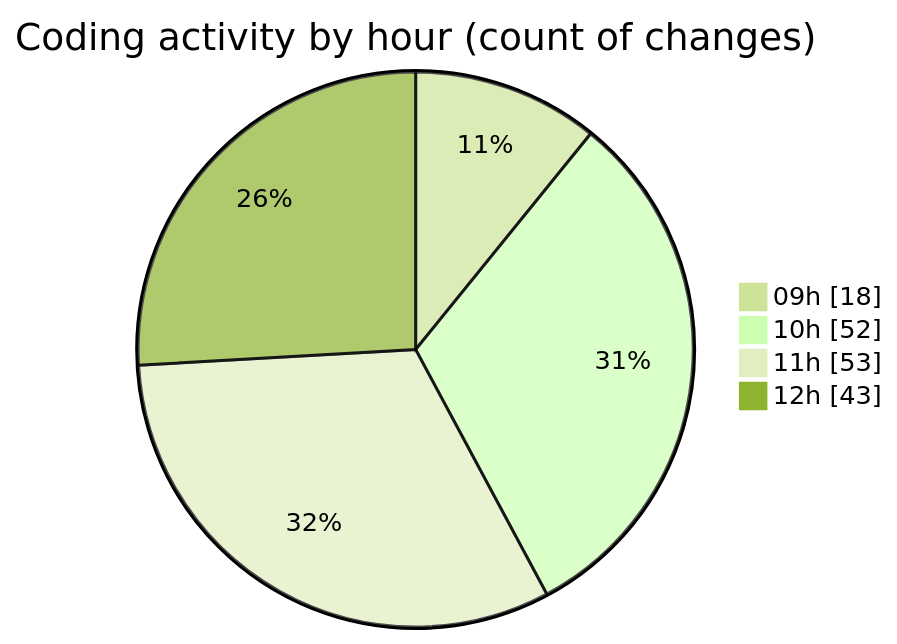
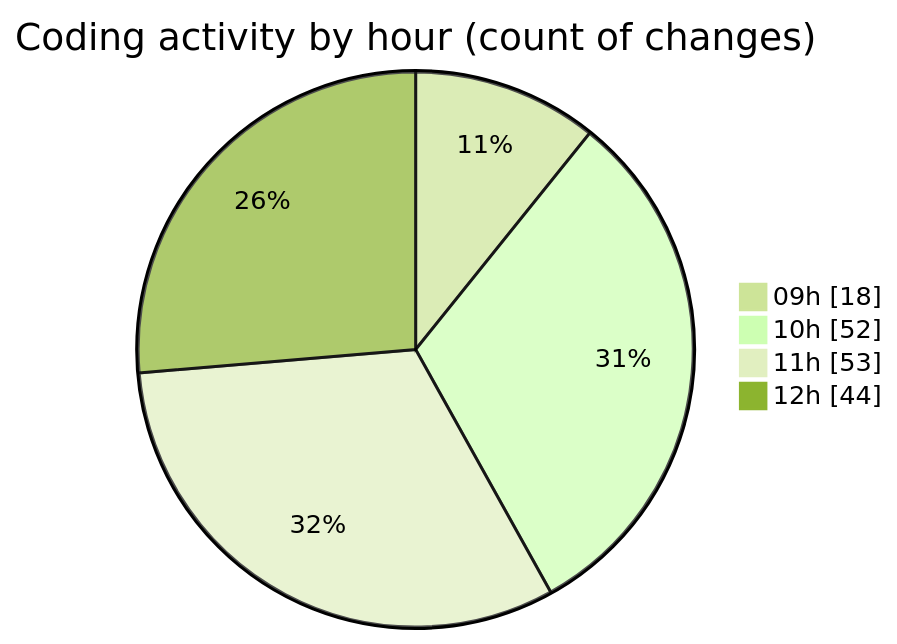
Before and after one commit to momahboobian/code-tracking: the second of 2 diagrams in 2025-03-21/cda/README.md, drawn with Mermaid (forest theme). The commit also changed other lines of this file and 1 other file, not shown here.

````diff
--- a/2025-03-21/cda/README.md
+++ b/2025-03-21/cda/README.md
@@ -42,8 +42,8 @@
 ```mermaid
 pie showData
 title Coding activity by hour (count of changes)
 "09h" : 18
 "10h" : 52
 "11h" : 53
-"12h" : 43
+"12h" : 44
 ```
````
